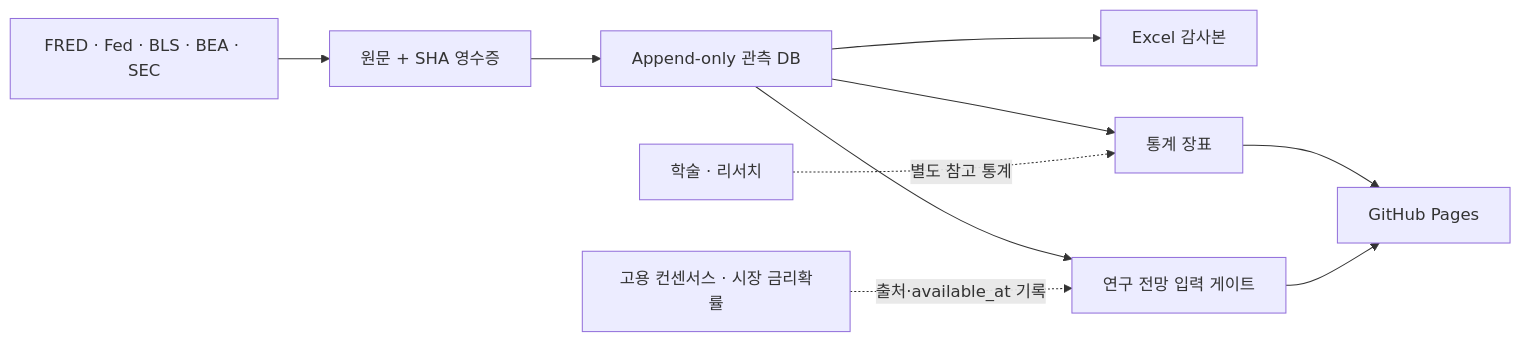
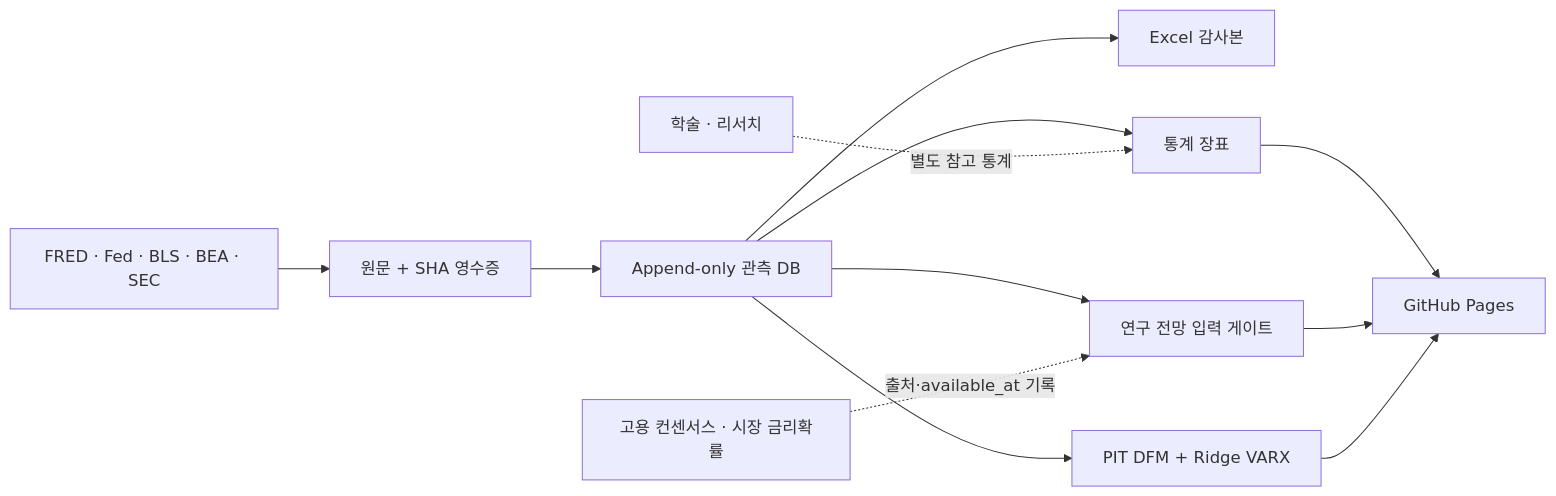
One commit to Sung-JinPark/Jin-s-investing-prediction changed the diagram in README.md. Above: the diagram before and after it, drawn with Mermaid. The commit also changed other lines of this file and 84 other files, not shown here.

````diff
--- a/README.md
+++ b/README.md
@@ -35,12 +38,14 @@
 ```mermaid
 flowchart LR
     A["FRED · Fed · BLS · BEA · SEC"] --> B["원문 + SHA 영수증"]
     B --> C["Append-only 관측 DB"]
     C --> D["Excel 감사본"]
     C --> E["통계 장표"]
     C --> F["연구 전망 입력 게이트"]
+    C --> T["PIT DFM + Ridge VARX"]
     E --> G["GitHub Pages"]
     F --> G
+    T --> G
     R["학술 · 리서치"] -. "별도 참고 통계" .-> E
     M["고용 컨센서스 · 시장 금리확률"] -. "출처·available_at 기록" .-> F
 ```
````
